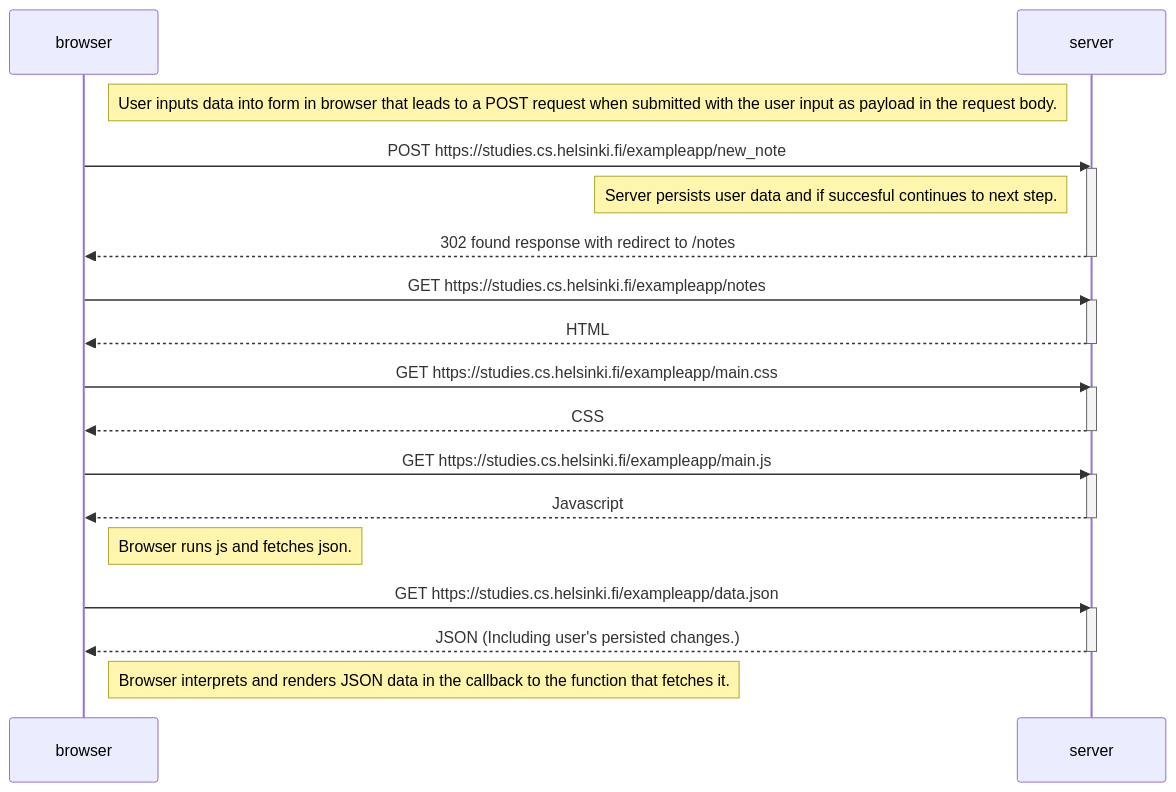
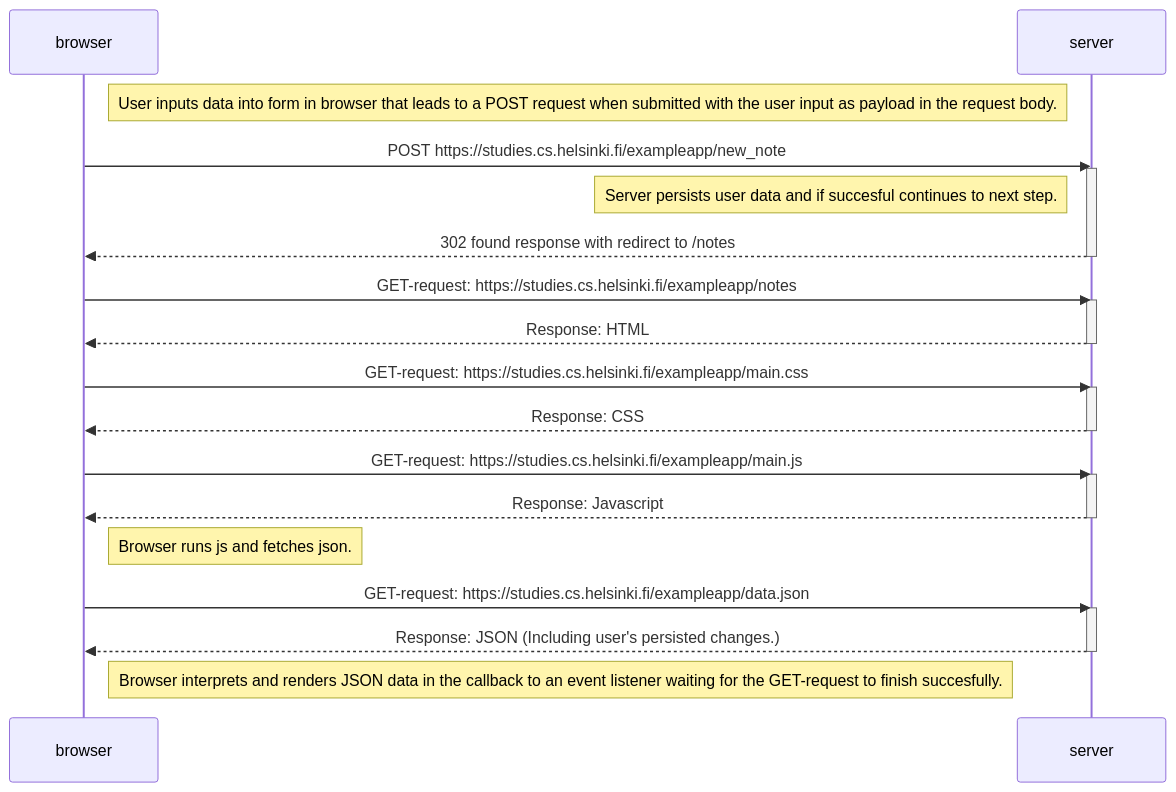
One commit to Krippakrull/full-stack-open-2023 changed the diagram in part 0/0.4.md. Above: the diagram before and after it, drawn with Mermaid. The commit also changed 1 other file, not shown here.

Commit message:
0.6 added

````diff
--- a/part 0/0.4.md
+++ b/part 0/0.4.md
@@ -3,39 +3,39 @@
 ```mermaid
 
 sequenceDiagram
    participant browser
    participant server
 
    Note right of browser: User inputs data into form in browser that leads to a POST request when submitted with the user input as payload in the request body.
 
     browser->>server: POST https://studies.cs.helsinki.fi/exampleapp/new_note
     activate server
     Note left of server: Server persists user data and if succesful continues to next step.
 
     server-->>browser: 302 found response with redirect to /notes
     deactivate server
 
-    browser->>server: GET https://studies.cs.helsinki.fi/exampleapp/notes
+    browser->>server: GET-request: https://studies.cs.helsinki.fi/exampleapp/notes
     activate server
-    server-->>browser: HTML
+    server-->>browser: Response: HTML
     deactivate server
 
-    browser->>server: GET https://studies.cs.helsinki.fi/exampleapp/main.css
+    browser->>server: GET-request: https://studies.cs.helsinki.fi/exampleapp/main.css
     activate server
-    server-->>browser: CSS
+    server-->>browser: Response: CSS
     deactivate server
 
-    browser->>server: GET https://studies.cs.helsinki.fi/exampleapp/main.js
+    browser->>server: GET-request: https://studies.cs.helsinki.fi/exampleapp/main.js
     activate server
-    server-->>browser: Javascript
+    server-->>browser: Response: Javascript
     deactivate server
 
     Note right of browser: Browser runs js and fetches json.
 
-    browser->>server: GET https://studies.cs.helsinki.fi/exampleapp/data.json
+    browser->>server: GET-request: https://studies.cs.helsinki.fi/exampleapp/data.json
     activate server
-    server-->>browser: JSON (Including user's persisted changes.)
+    server-->>browser: Response: JSON (Including user's persisted changes.)
     deactivate server
 
-    Note right of browser: Browser interprets and renders JSON data in the callback to the function that fetches it.
+    Note right of browser: Browser interprets and renders JSON data in the callback to an event listener waiting for the GET-request to finish succesfully.
 ```
````
